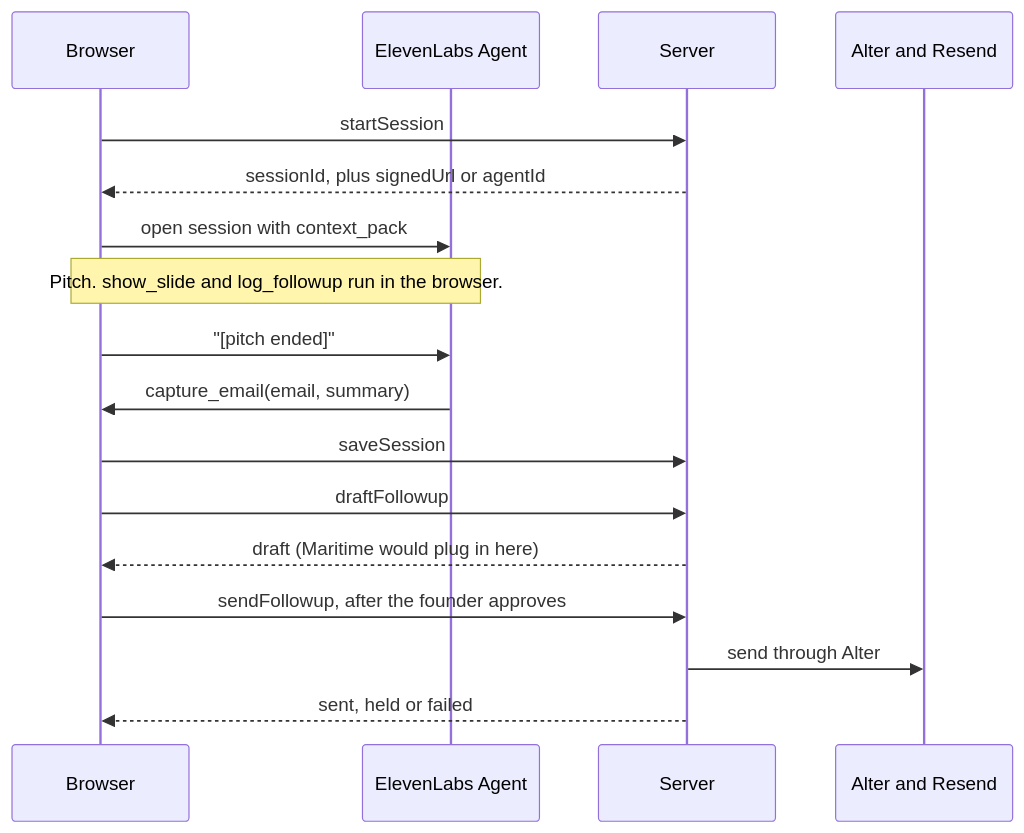
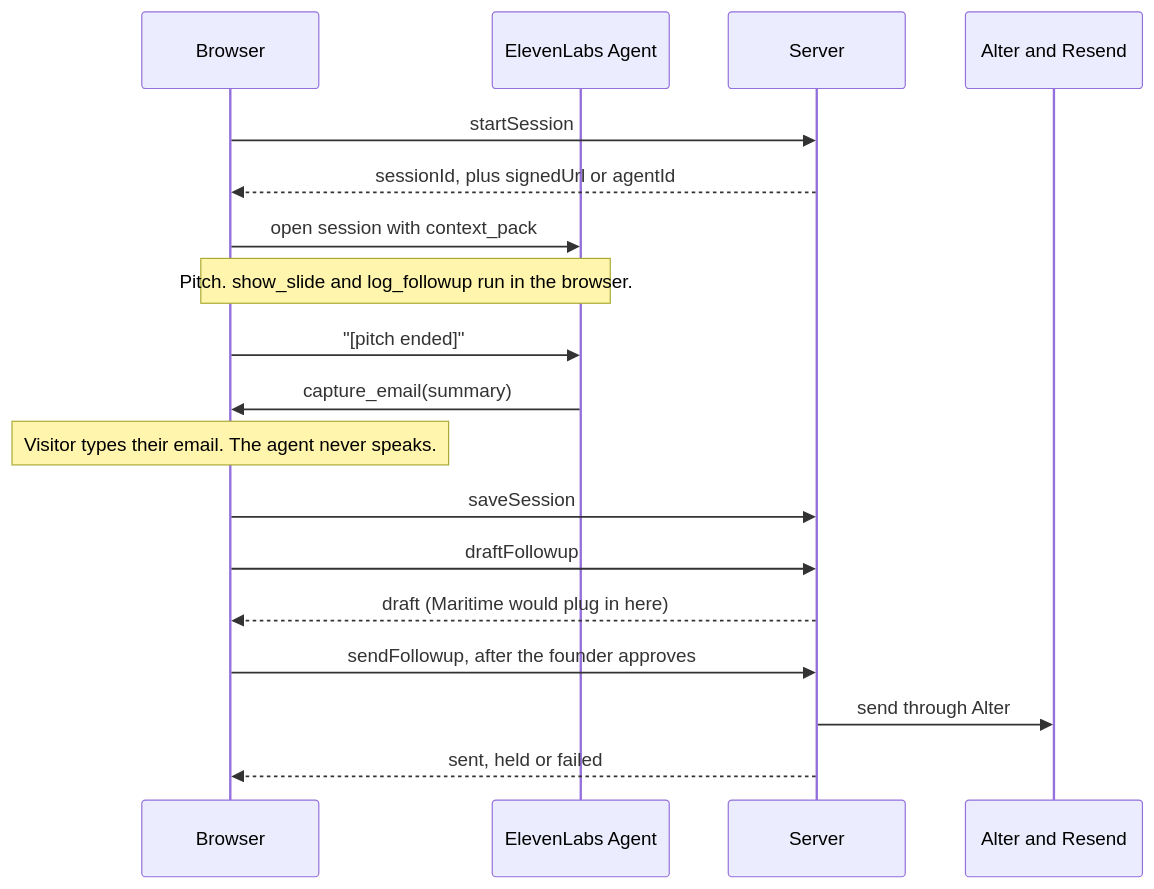
Before and after one commit to YuqiLB/evee: the diagram in PROTOCOL.md, drawn with Mermaid. The commit also changed other lines of this file and 5 other files, not shown here.

First line of the commit message:
Make evee silent: no spoken email request, visitor types it

````diff
--- a/PROTOCOL.md
+++ b/PROTOCOL.md
@@ -12,19 +12,20 @@
 ```mermaid
 sequenceDiagram
   participant C as Browser
   participant E as ElevenLabs Agent
   participant S as Server
   participant A as Alter and Resend
   C->>S: startSession
   S-->>C: sessionId, plus signedUrl or agentId
   C->>E: open session with context_pack
   Note over C,E: Pitch. show_slide and log_followup run in the browser.
   C->>E: "[pitch ended]"
-  E->>C: capture_email(email, summary)
+  E->>C: capture_email(summary)
+  Note over C: Visitor types their email. The agent never speaks.
   C->>S: saveSession
   C->>S: draftFollowup
   S-->>C: draft (Maritime would plug in here)
   C->>S: sendFollowup, after the founder approves
   S->>A: send through Alter
   S-->>C: sent, held or failed
 ```
````
